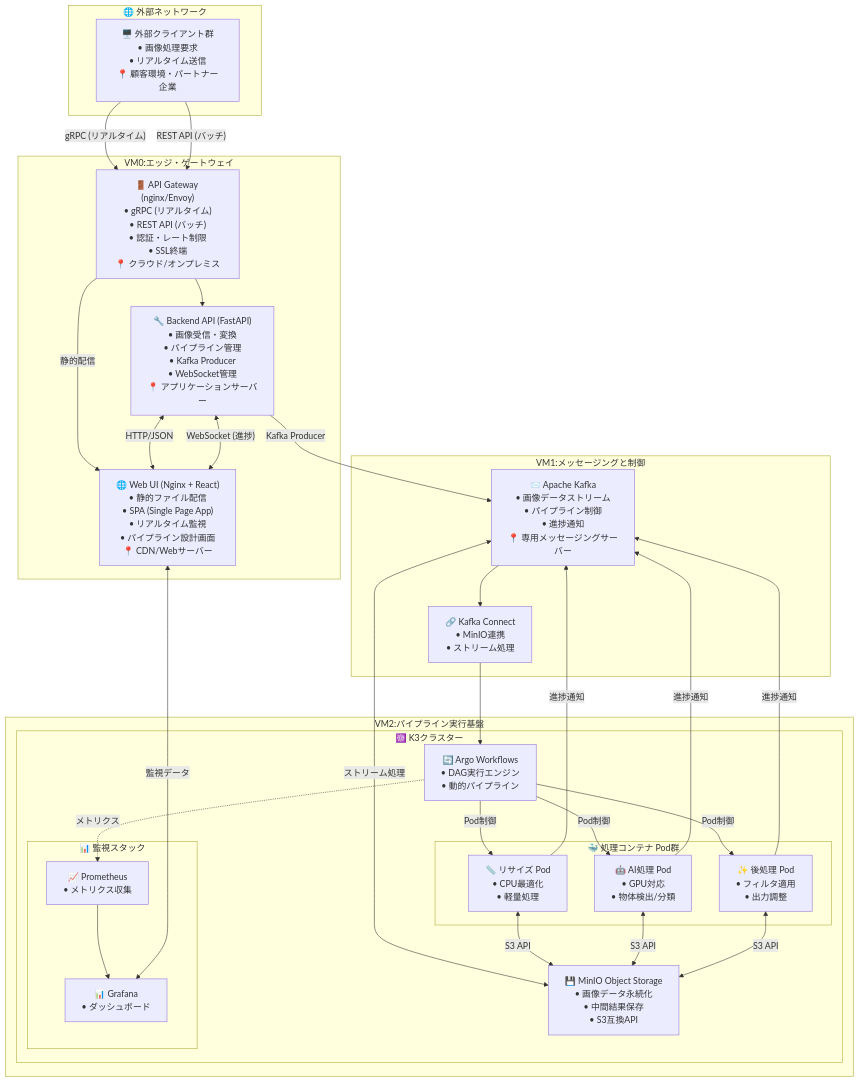
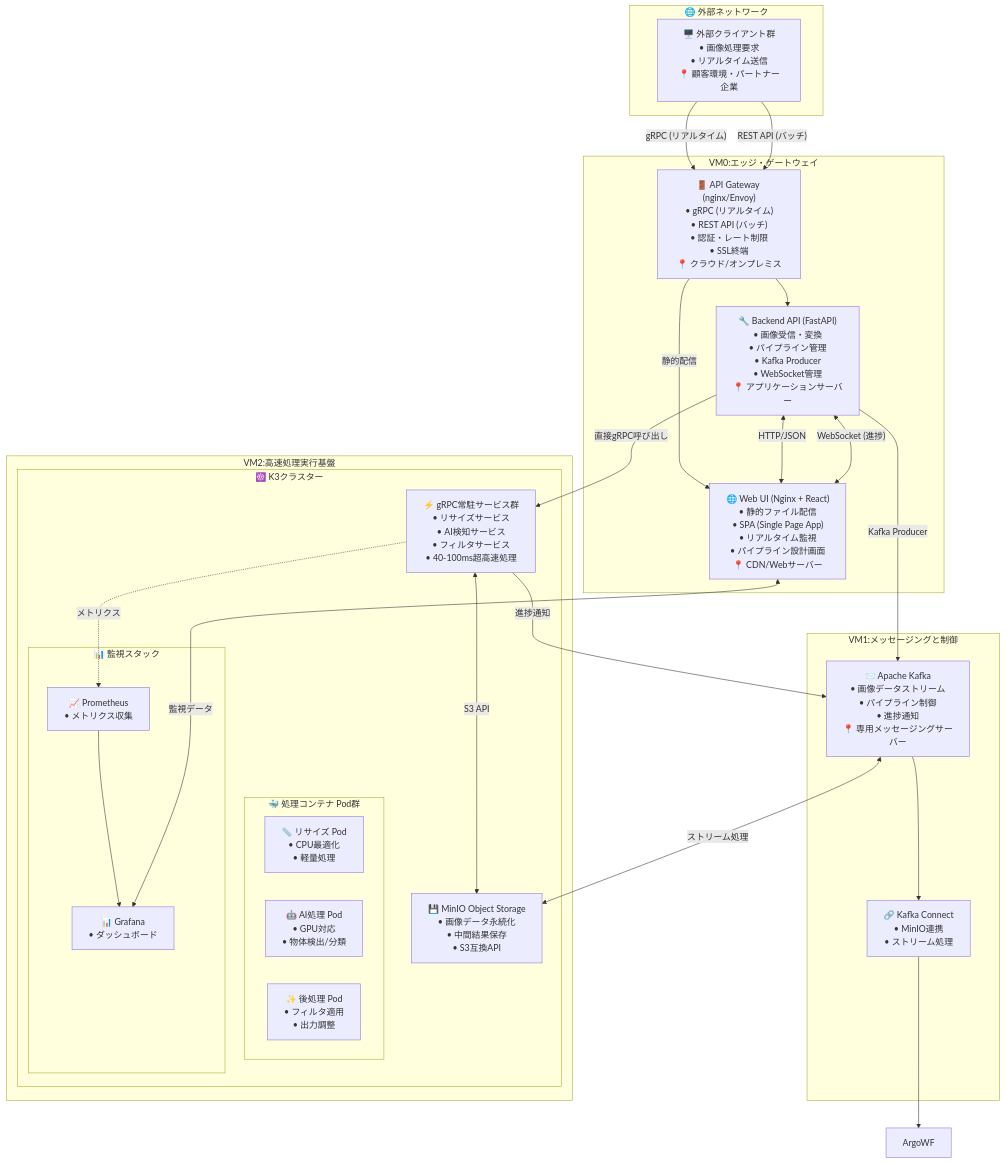
The first of 3 diagrams in docs/0300_設計_アプローチ1/0302_アーキテクチャ設計.md (daichiTAAA/ImageFlowCanvas), drawn with Mermaid before and after one commit. The commit also changed other lines of this file and 5 other files, not shown here.

````diff
--- a/docs/0300_設計_アプローチ1/0302_アーキテクチャ設計.md
+++ b/docs/0300_設計_アプローチ1/0302_アーキテクチャ設計.md
@@ -21,72 +21,66 @@
 ```mermaid
 graph TD
     %% 外部ネットワーク層
     subgraph External["🌐 外部ネットワーク"]
         ExternalClients["🖥️ 外部クライアント群<br/>• 画像処理要求<br/>• リアルタイム送信<br/>📍 顧客環境・パートナー企業"]
     end
     
     %% クラウド/エッジ層 (VM0)
     subgraph VM0["VM0:エッジ・ゲートウェイ"]
         APIGateway["🚪 API Gateway (nginx/Envoy)<br/>• gRPC (リアルタイム)<br/>• REST API (バッチ)<br/>• 認証・レート制限<br/>• SSL終端<br/>📍 クラウド/オンプレミス"]
         
         BackendAPI["🔧 Backend API (FastAPI)<br/>• 画像受信・変換<br/>• パイプライン管理<br/>• Kafka Producer<br/>• WebSocket管理<br/>📍 アプリケーションサーバー"]
         
         WebUI["🌐 Web UI (Nginx + React)<br/>• 静的ファイル配信<br/>• SPA (Single Page App)<br/>• リアルタイム監視<br/>• パイプライン設計画面<br/>📍 CDN/Webサーバー"]
     end
     
     %% メッセージング層 (VM1)
     subgraph VM1["VM1:メッセージングと制御"]
         Kafka["📨 Apache Kafka<br/>• 画像データストリーム<br/>• パイプライン制御<br/>• 進捗通知<br/>📍 専用メッセージングサーバー"]
         KafkaConnect["🔗 Kafka Connect<br/>• MinIO連携<br/>• ストリーム処理"]
     end
     
-    %% ワークフロー実行層 (VM2)
-    subgraph VM2["VM2:パイプライン実行基盤"]
+    %% 処理実行層 (VM2)
+    subgraph VM2["VM2:高速処理実行基盤"]
         subgraph K3s["☸️ K3クラスター"]
-            ArgoWF["🔄 Argo Workflows<br/>• DAG実行エンジン<br/>• 動的パイプライン"]
+            gRPCServices["⚡ gRPC常駐サービス群<br/>• リサイズサービス<br/>• AI検知サービス<br/>• フィルタサービス<br/>• 40-100ms超高速処理"]
             
             MinIO["💾 MinIO Object Storage<br/>• 画像データ永続化<br/>• 中間結果保存<br/>• S3互換API"]
             
             subgraph ProcessingPods["🐳 処理コンテナ Pod群"]
                 PodResize["📏 リサイズ Pod<br/>• CPU最適化<br/>• 軽量処理"]
                 PodAI["🤖 AI処理 Pod<br/>• GPU対応<br/>• 物体検出/分類"]
                 PodPost["✨ 後処理 Pod<br/>• フィルタ適用<br/>• 出力調整"]
             end
             
             subgraph MonitoringStack["📊 監視スタック"]
                 Prometheus["📈 Prometheus<br/>• メトリクス収集"]
                 Grafana["📊 Grafana<br/>• ダッシュボード"]
             end
         end
     end
     
     %% 接続関係（プロトコル最適化）
     ExternalClients -->|"gRPC (リアルタイム)"| APIGateway
     ExternalClients -->|"REST API (バッチ)"| APIGateway
     APIGateway --> BackendAPI
     APIGateway -->|"静的配信"| WebUI
     
     BackendAPI -->|"Kafka Producer"| Kafka
     BackendAPI <-->|"HTTP/JSON"| WebUI
     BackendAPI <-->|"WebSocket (進捗)"| WebUI
     
     Kafka --> KafkaConnect
     KafkaConnect --> ArgoWF
     Kafka <-->|"ストリーム処理"| MinIO
     
-    ArgoWF -->|"Pod制御"| PodResize
-    ArgoWF -->|"Pod制御"| PodAI  
-    ArgoWF -->|"Pod制御"| PodPost
+    BackendAPI -->|"直接gRPC呼び出し"| gRPCServices
     
-    PodResize <-->|"S3 API"| MinIO
-    PodAI <-->|"S3 API"| MinIO
-    PodPost <-->|"S3 API"| MinIO
+    gRPCServices <-->|"S3 API"| MinIO
     
-    PodResize -->|"進捗通知"| Kafka
-    PodAI -->|"進捗通知"| Kafka
-    PodPost -->|"進捗通知"| Kafka
+    gRPCServices -->|"進捗通知"| Kafka
     
-    ArgoWF -.->|"メトリクス"| Prometheus
+    gRPCServices -.->|"メトリクス"| Prometheus
     Prometheus --> Grafana
     WebUI <-->|"監視データ"| Grafana
 ```
````
